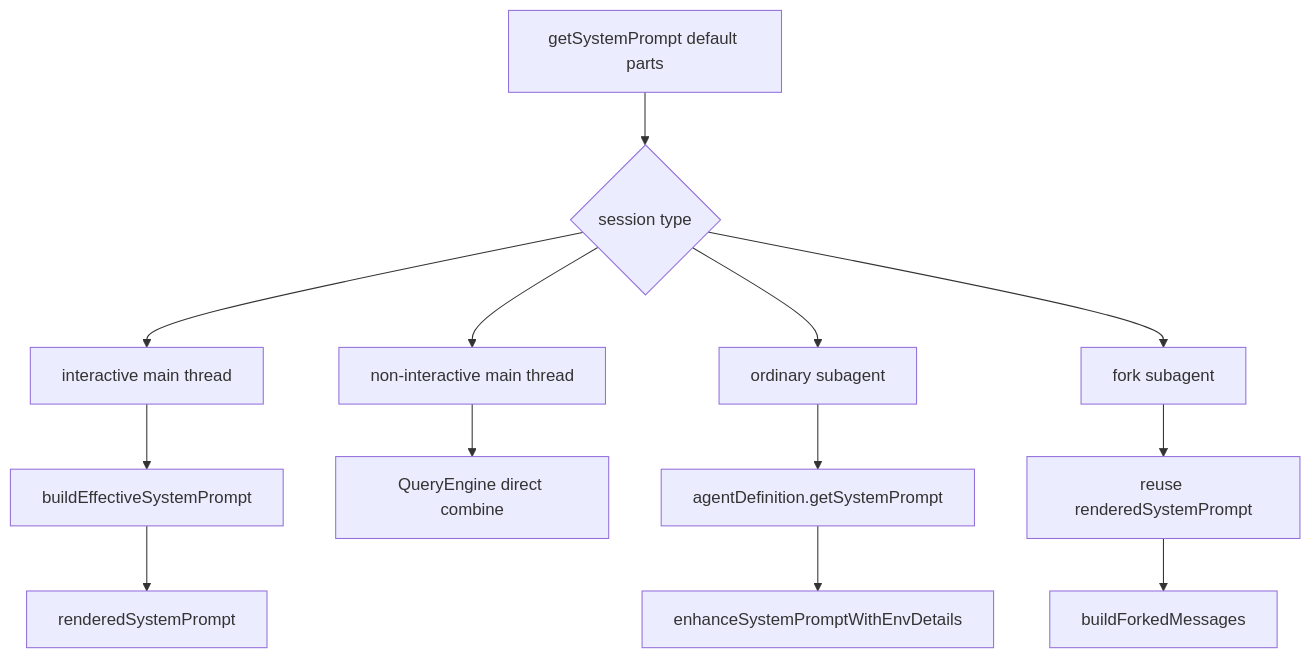
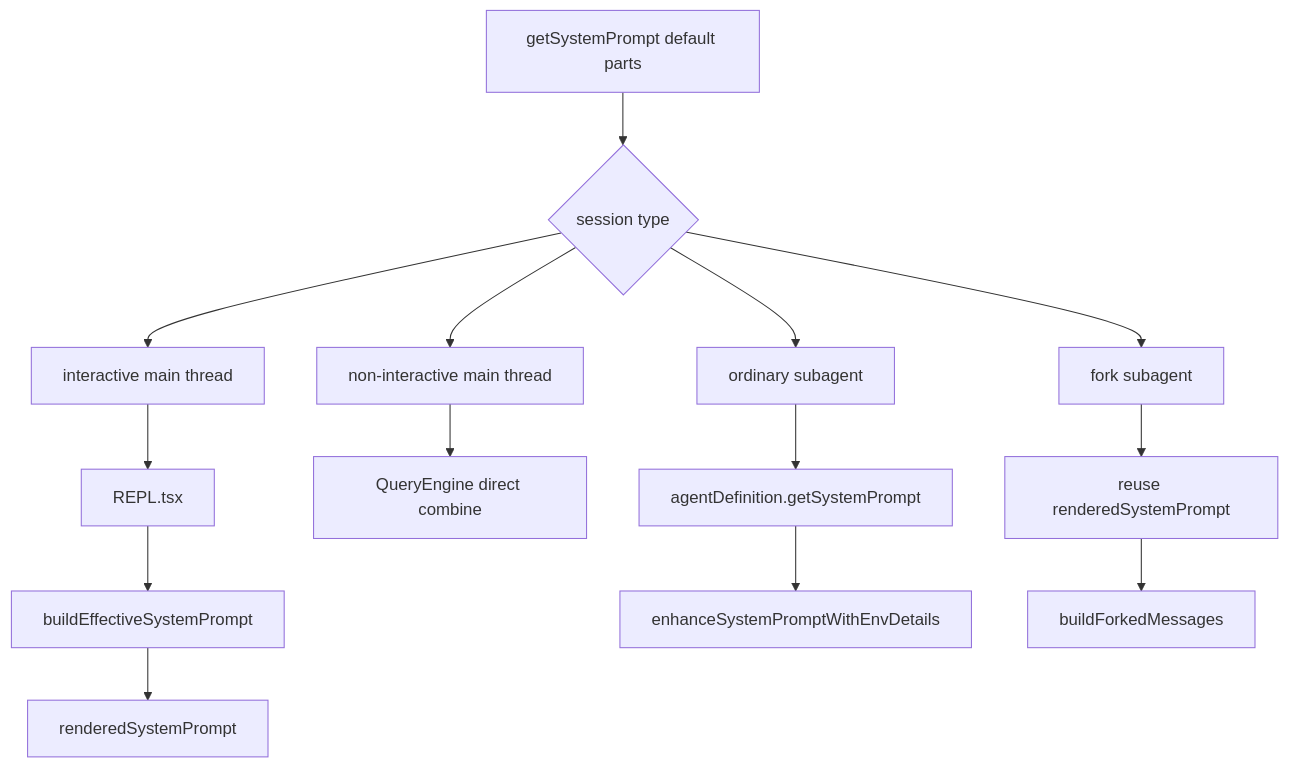
The diagram in PROMPTS/system-prompt-assembly.md (Boulea7/ClaudeCode-Source-DeepDive), drawn with Mermaid before and after one commit. The commit also changed other lines of this file and 5 other files, not shown here.

````diff
--- a/PROMPTS/system-prompt-assembly.md
+++ b/PROMPTS/system-prompt-assembly.md
@@ -185,19 +190,20 @@
 ```mermaid
 flowchart TD
     A[getSystemPrompt default parts] --> B{session type}
 
     B --> C[interactive main thread]
-    C --> D[buildEffectiveSystemPrompt]
-    D --> E[renderedSystemPrompt]
+    C --> D[REPL.tsx]
+    D --> E[buildEffectiveSystemPrompt]
+    E --> F[renderedSystemPrompt]
 
-    B --> F[non-interactive main thread]
-    F --> G[QueryEngine direct combine]
+    B --> G[non-interactive main thread]
+    G --> H[QueryEngine direct combine]
 
-    B --> H[ordinary subagent]
-    H --> I[agentDefinition.getSystemPrompt]
-    I --> J[enhanceSystemPromptWithEnvDetails]
+    B --> I[ordinary subagent]
+    I --> J[agentDefinition.getSystemPrompt]
+    J --> K[enhanceSystemPromptWithEnvDetails]
 
-    B --> K[fork subagent]
-    K --> L[reuse renderedSystemPrompt]
-    L --> M[buildForkedMessages]
+    B --> L[fork subagent]
+    L --> M[reuse renderedSystemPrompt]
+    M --> N[buildForkedMessages]
 ```
````
